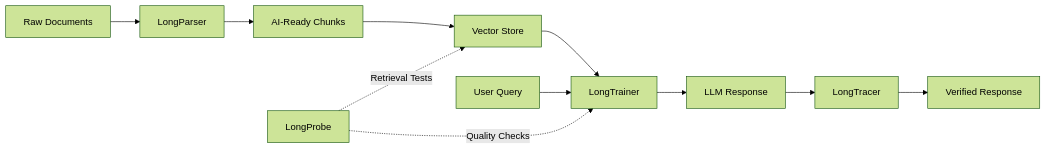
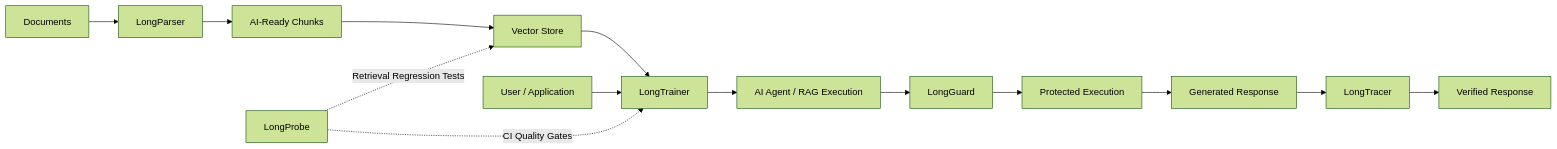
The diagram in README.md (ENDEVSOLS/Long-Suite), drawn with Mermaid (forest theme) before and after one commit. The commit also changed other lines of this file, not shown here.

````diff
--- a/README.md
+++ b/README.md
@@ -41,14 +59,21 @@
 ```mermaid
-graph LR
-    A[Raw Documents] --> B[LongParser]
+flowchart LR
+    A[Documents] --> B[LongParser]
     B --> C[AI-Ready Chunks]
     C --> D[Vector Store]
+
     D --> E[LongTrainer]
-    U[User Query] --> E
-    E --> F[LLM Response]
-    F --> G[LongTracer]
-    G --> H[Verified Response]
+    U[User / Application] --> E
 
-    P[LongProbe] -. Retrieval Tests .-> D
-    P -. Quality Checks .-> E
+    E --> F[AI Agent / RAG Execution]
+
+    F --> G[LongGuard]
+    G --> H[Protected Execution]
+
+    H --> I[Generated Response]
+    I --> J[LongTracer]
+    J --> K[Verified Response]
+
+    P[LongProbe] -. Retrieval Regression Tests .-> D
+    P -. CI Quality Gates .-> E
 ```
````
